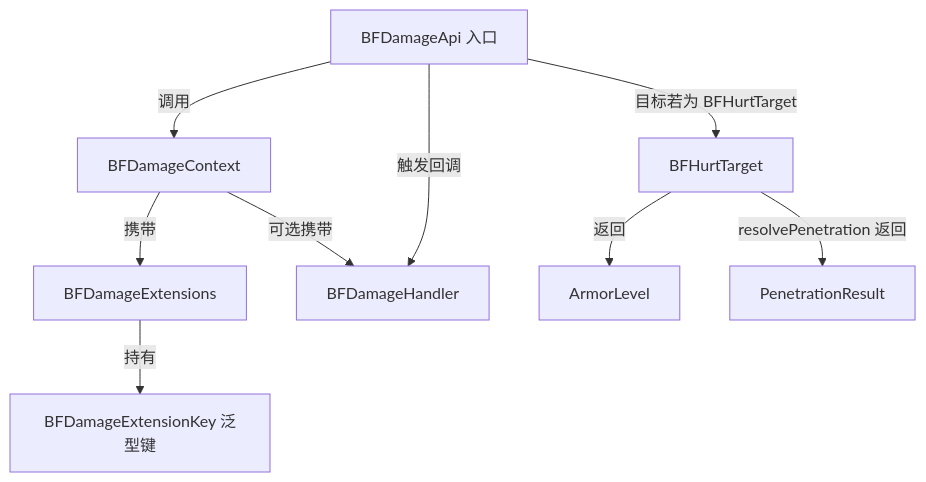
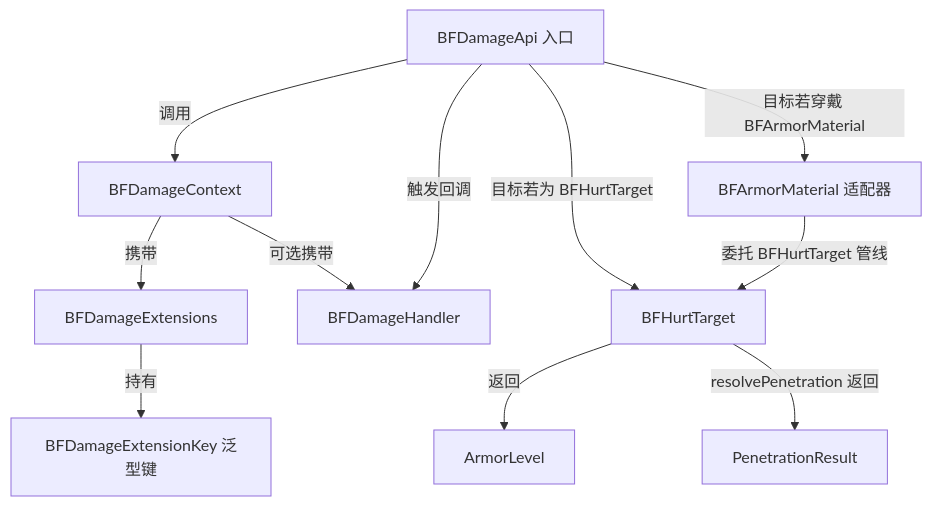
The diagram in docs/wiki/1-快速上手/1.5-核心API速览.md (Sweetzonzi/BallisticsFramework), drawn with Mermaid before and after one commit. The commit also changed other lines of this file and 15 other files, not shown here.

First line of the commit message:
feat(api): 双层串联管线 + BFArmorMaterial 原版伤害兼容 + 加权平均兜底

````diff
--- a/docs/wiki/1-快速上手/1.5-核心API速览.md
+++ b/docs/wiki/1-快速上手/1.5-核心API速览.md
@@ -121,11 +137,13 @@
 ```mermaid
 graph TD
     A[BFDamageApi 入口] -->|调用| B[BFDamageContext]
     B -->|携带| C[BFDamageExtensions]
     B -->|可选携带| D[BFDamageHandler]
     C -->|持有| E[BFDamageExtensionKey 泛型键]
+    A -->|目标若穿戴 BFArmorMaterial| I[BFArmorMaterial 适配器]
     A -->|目标若为 BFHurtTarget| F[BFHurtTarget]
     F -->|返回| G[ArmorLevel]
     F -->|resolvePenetration 返回| H[PenetrationResult]
+    I -->|委托 BFHurtTarget 管线| F
     A -->|触发回调| D
 ```
````
